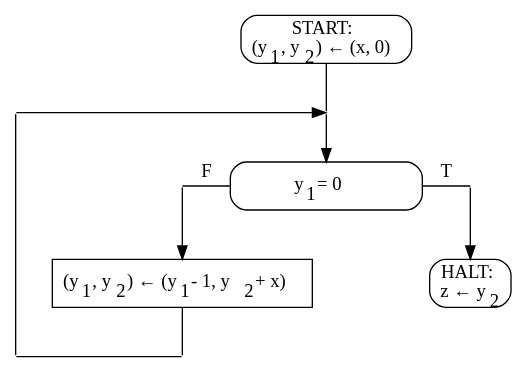
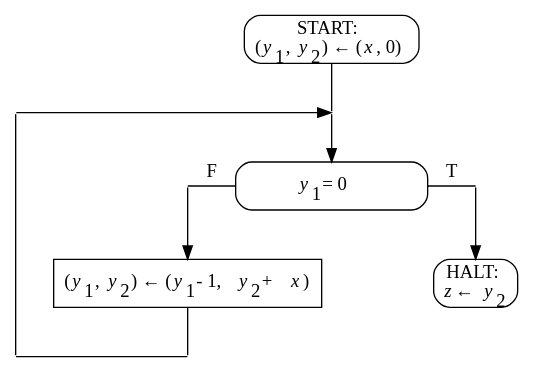
One commit to kornevgen/mfsp changed the diagram in exercises/x1_fig1.dot. Above: the diagram before and after it, drawn with Graphviz. The commit also changed 11 other files, not shown here.

```diff
--- a/exercises/x1_fig1.dot
+++ b/exercises/x1_fig1.dot
@@ -1,22 +1,22 @@
 digraph G{
 
 
 /* nodes by levels */
 node[shape=rectangle];
-START[style=rounded, label=<START:<br/>(y<sub>1</sub>, y<sub>2</sub>) &larr; (x, 0)>];
-COND[style=rounded, width=2, label=<y<sub>1</sub> = 0>];
-INCR[label=<(y<sub>1</sub>, y<sub>2</sub>) &larr; (y<sub>1</sub> - 1, y<sub>2</sub> + x)>];
-HALT[style=rounded, label=<HALT:<br/>z &larr; y<sub>2</sub>>];
+START[style=rounded, label=<START:<br/>(<i>y</i><sub>1</sub>, <i>y</i><sub>2</sub>) &larr; (<i>x</i>, 0)>];
+COND[style=rounded, width=2, label=<<i>y</i><sub>1</sub> = 0>];
+INCR[label=<(<i>y</i><sub>1</sub>, <i>y</i><sub>2</sub>) &larr; (<i>y</i><sub>1</sub> - 1, <i>y</i><sub>2</sub> + <i>x</i>)>];
+HALT[style=rounded, label=<HALT:<br/><i>z</i> &larr; <i>y</i><sub>2</sub>>];
 
 /* edges */
 node [shape=point, width=0, label=""];
 START -> p2 [arrowhead=none]; p2 -> COND [weight=8];
 { rank=same; p1 -> p2; }
 p1 -> p5 [weight=8, arrowhead=none];
 { rank=same; p3 -> COND [label="F", arrowhead=none]; COND -> p4 [label="T", arrowhead=none]; }
 p3 -> INCR [weight=8];
 p4 -> HALT [weight=8];
 { rank=same; INCR; HALT; }
 INCR -> p6 [weight=8, arrowhead=none];
 { rank=same; p5 -> p6 [arrowhead=none]; }
 }
```
